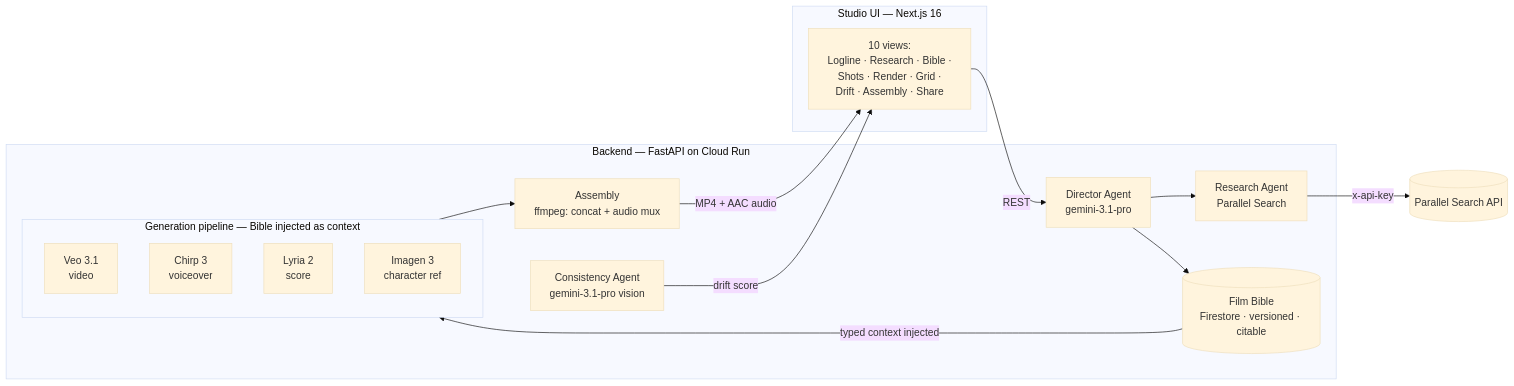
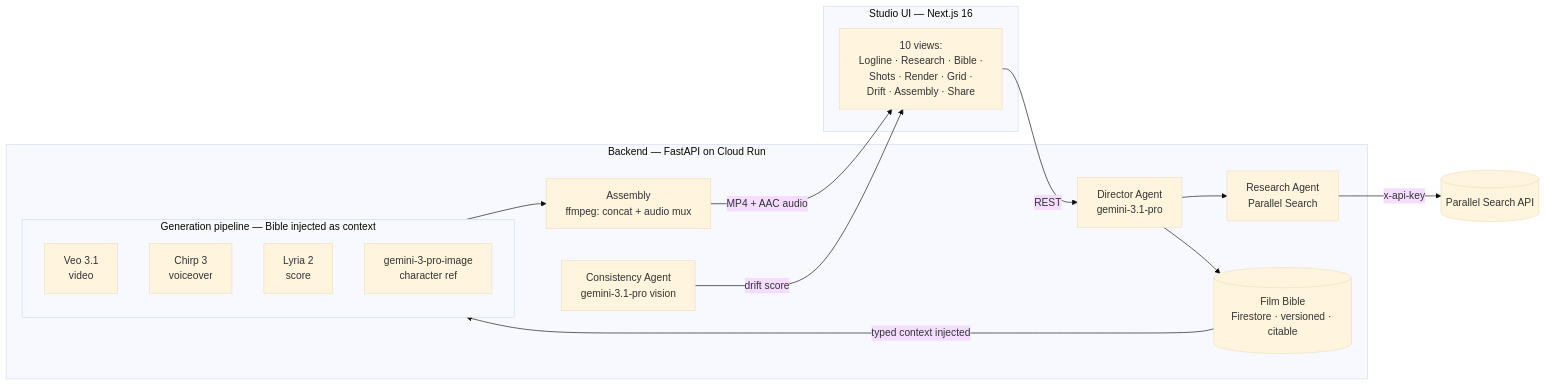
One commit to sodiq-code/auteur changed the diagram in README.md. Above: the diagram before and after it, drawn with Mermaid (base theme). The commit also changed other lines of this file, not shown here.

First paragraph of the commit message:
Fix two remaining README inconsistencies: Mermaid model name + modality injection
Two documentation/consistency fixes flagged in the final review:

````diff
--- a/README.md
+++ b/README.md
@@ -255,32 +255,32 @@
 ```mermaid
 flowchart LR
   subgraph Client["Studio UI — Next.js 16"]
     UI[10 views:<br/>Logline · Research · Bible ·<br/>Shots · Render · Grid ·<br/>Drift · Assembly · Share]
   end
 
   subgraph Backend["Backend — FastAPI on Cloud Run"]
     DIR[Director Agent<br/>gemini-3.1-pro]
     RES[Research Agent<br/>Parallel Search]
     CON[Consistency Agent<br/>gemini-3.1-pro vision]
 
     BIBLE[(Film Bible<br/>Firestore · versioned · citable)]
 
     subgraph Gen["Generation pipeline — Bible injected as context"]
       VEO[Veo 3.1<br/>video]
       CHIRP[Chirp 3<br/>voiceover]
       LYRIA[Lyria 2<br/>score]
-      IMAGEN[Imagen 3<br/>character ref]
+      IMAGEN[gemini-3-pro-image<br/>character ref]
     end
 
     ASM[Assembly<br/>ffmpeg: concat + audio mux]
   end
 
   UI -->|REST| DIR
   DIR --> RES
   DIR --> BIBLE
   RES -->|x-api-key| PARALLEL[(Parallel Search API)]
   BIBLE -->|typed context injected| Gen
   Gen --> ASM
   ASM -->|MP4 + AAC audio| UI
   CON -->|drift score| UI
 ```
````
